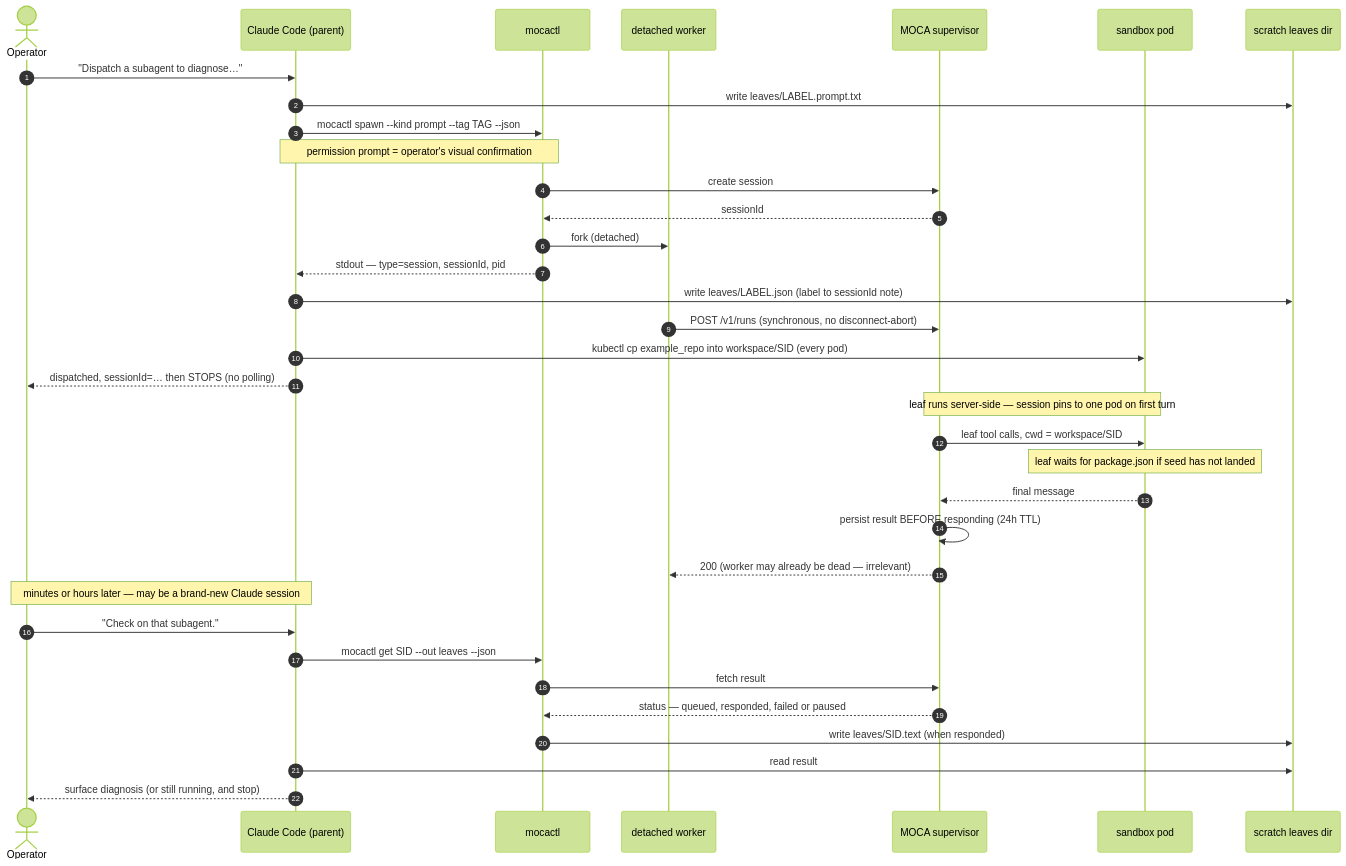
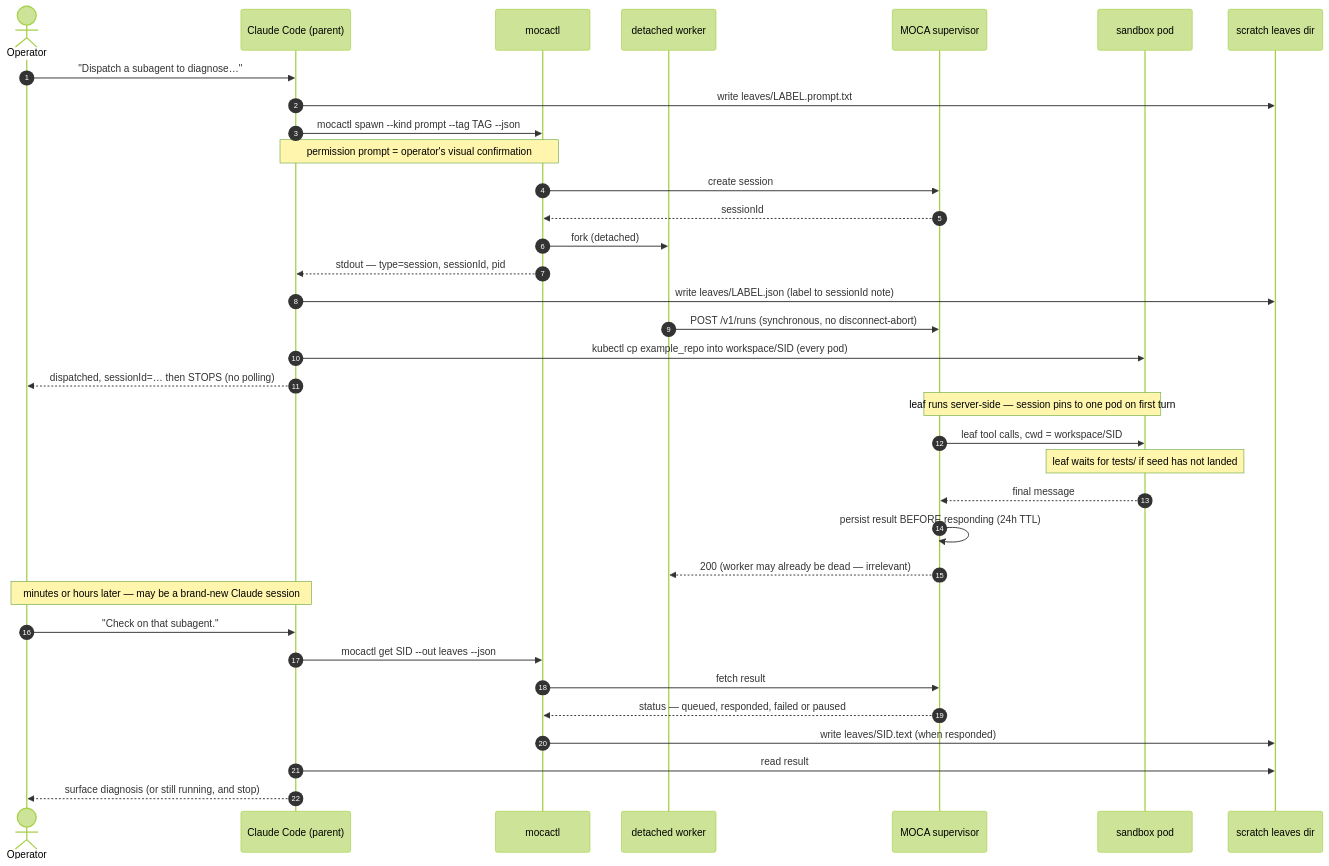
One commit to maia-iyer/kagenti-demos changed the second of 2 diagrams in sandboxing/moca_chained_subagents/ARCHITECTURE.md. Above: the diagram before and after it, drawn with Mermaid (forest theme). The commit also changed 17 other files, not shown here.

````diff
--- a/sandboxing/moca_chained_subagents/ARCHITECTURE.md
+++ b/sandboxing/moca_chained_subagents/ARCHITECTURE.md
@@ -72,40 +72,40 @@
 ```mermaid
 sequenceDiagram
   autonumber
   actor OP as Operator
   participant CC as Claude Code (parent)
   participant MC as mocactl
   participant W as detached worker
   participant SV as MOCA supervisor
   participant SB as sandbox pod
   participant FS as scratch leaves dir
 
   OP->>CC: "Dispatch a subagent to diagnose…"
   CC->>FS: write leaves/LABEL.prompt.txt
   CC->>MC: mocactl spawn --kind prompt --tag TAG --json
   Note over CC,MC: permission prompt = operator's visual confirmation
   MC->>SV: create session
   SV-->>MC: sessionId
   MC->>W: fork (detached)
   MC-->>CC: stdout — type=session, sessionId, pid
   CC->>FS: write leaves/LABEL.json (label to sessionId note)
   W->>SV: POST /v1/runs (synchronous, no disconnect-abort)
   CC->>SB: kubectl cp example_repo into workspace/SID (every pod)
   CC-->>OP: dispatched, sessionId=… then STOPS (no polling)
 
   Note over SV,SB: leaf runs server-side — session pins to one pod on first turn
   SV->>SB: leaf tool calls, cwd = workspace/SID
-  Note over SB: leaf waits for package.json if seed has not landed
+  Note over SB: leaf waits for tests/ if seed has not landed
   SB-->>SV: final message
   SV->>SV: persist result BEFORE responding (24h TTL)
   SV-->>W: 200 (worker may already be dead — irrelevant)
 
   Note over OP,CC: minutes or hours later — may be a brand-new Claude session
   OP->>CC: "Check on that subagent."
   CC->>MC: mocactl get SID --out leaves --json
   MC->>SV: fetch result
   SV-->>MC: status — queued, responded, failed or paused
   MC->>FS: write leaves/SID.text (when responded)
   CC->>FS: read result
   CC-->>OP: surface diagnosis (or still running, and stop)
 ```
````
